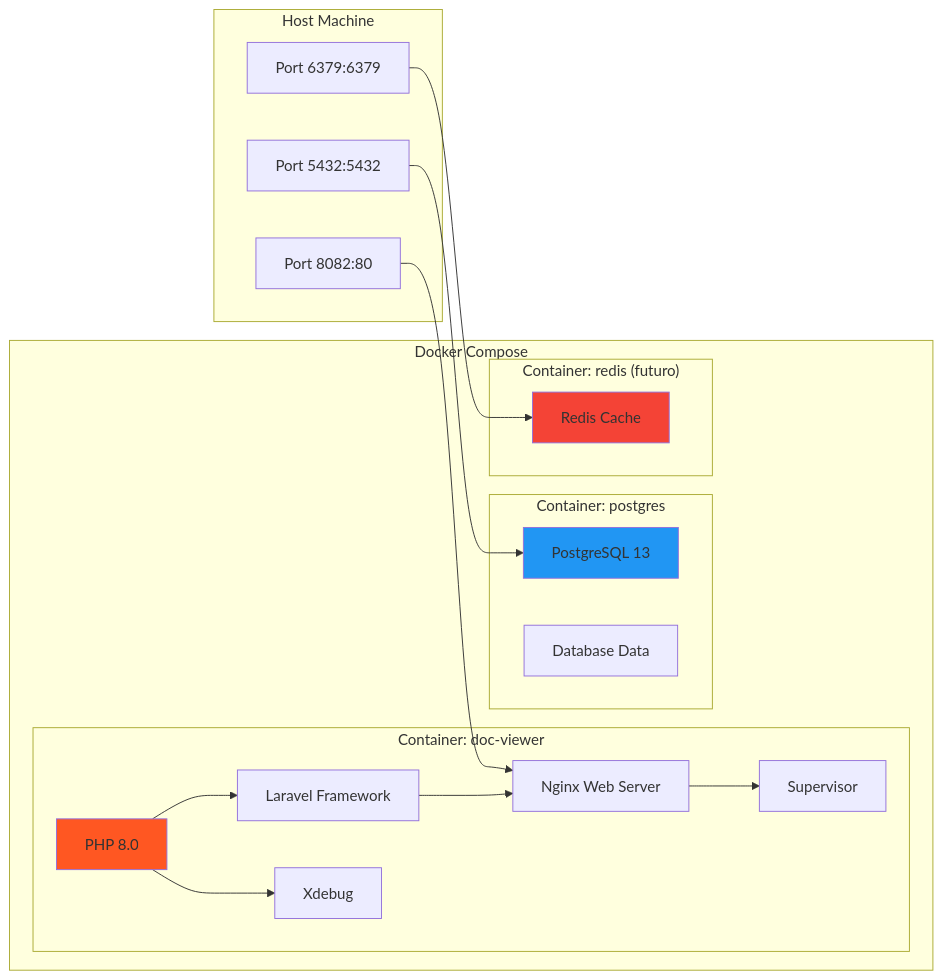
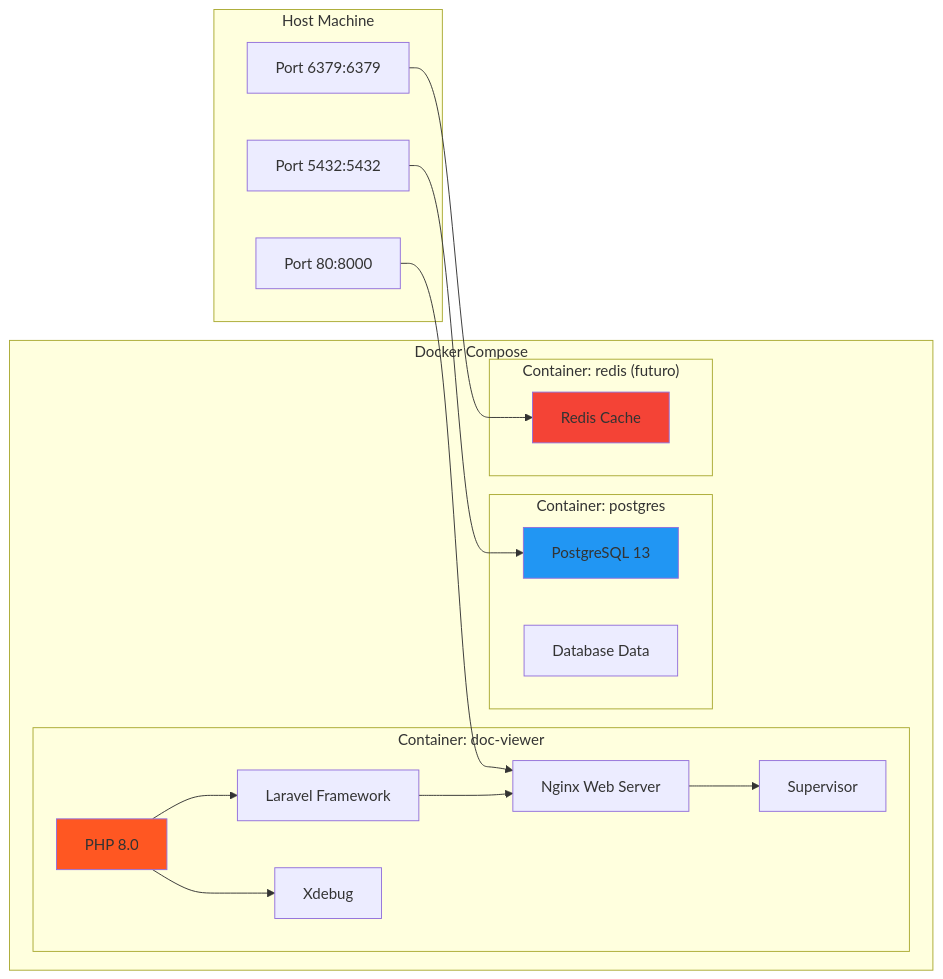
One commit to lfelipeapo/ChainView changed the fourth of 5 diagrams in docs/architecture.md. Above: the diagram before and after it, drawn with Mermaid. The commit also changed 13 other files, not shown here.

````diff
--- a/docs/architecture.md
+++ b/docs/architecture.md
@@ -134,40 +134,40 @@
 ```mermaid
 graph LR
     subgraph "Docker Compose"
         subgraph "Container: doc-viewer"
             A[PHP 8.0]
             B[Laravel Framework]
             C[Nginx Web Server]
             D[Supervisor]
             E[Xdebug]
         end
         
         subgraph "Container: postgres"
             F[PostgreSQL 13]
             G[Database Data]
         end
         
         subgraph "Container: redis (futuro)"
             H[Redis Cache]
         end
     end
     
     subgraph "Host Machine"
-        I[Port 8082:80]
+        I[Port 80:8000]
         J[Port 5432:5432]
         K[Port 6379:6379]
     end
     
     A --> B
     B --> C
     C --> D
     A --> E
     
     I --> C
     J --> F
     K --> H
     
     style A fill:#ff5722
     style F fill:#2196f3
     style H fill:#f44336
 ```
````
